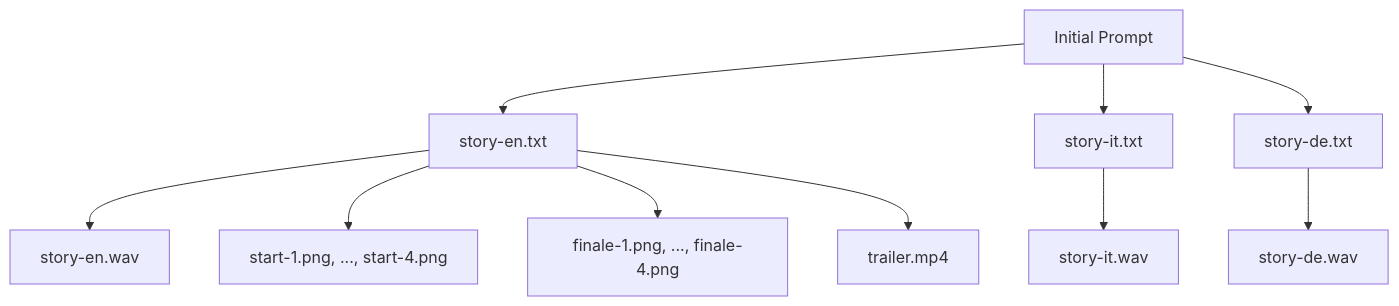
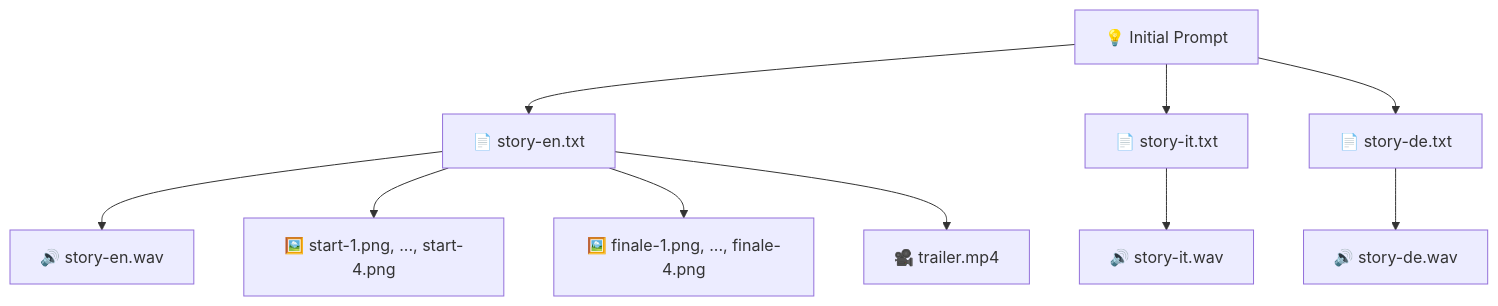
Before and after one commit to palladius/gemini-cli-demos: the second of 2 diagrams in demos/mcp-video-creation/out/ale-modena/README.md, drawn with Mermaid. The commit also changed other lines of this file, not shown here.

````diff
--- a/demos/mcp-video-creation/out/ale-modena/README.md
+++ b/demos/mcp-video-creation/out/ale-modena/README.md
@@ -41,14 +40,14 @@
 ```mermaid
 graph TD
-    A[Initial Prompt] --> B[story-en.txt];
-    A --> C[story-it.txt];
-    A --> D[story-de.txt];
+    A[💡 Initial Prompt] --> B[📄 story-en.txt];
+    A --> C[📄 story-it.txt];
+    A --> D[📄 story-de.txt];
 
-    B --> E[story-en.wav];
-    C --> F[story-it.wav];
-    D --> G[story-de.wav];
+    B --> E[🔊 story-en.wav];
+    C --> F[🔊 story-it.wav];
+    D --> G[🔊 story-de.wav];
 
-    B --> H[start-1.png, ..., start-4.png];
-    B --> I[finale-1.png, ..., finale-4.png];
-    B --> J[trailer.mp4];
+    B --> H[🖼️ start-1.png, ..., start-4.png];
+    B --> I[🖼️ finale-1.png, ..., finale-4.png];
+    B --> J[🎥 trailer.mp4];
 ```
````
